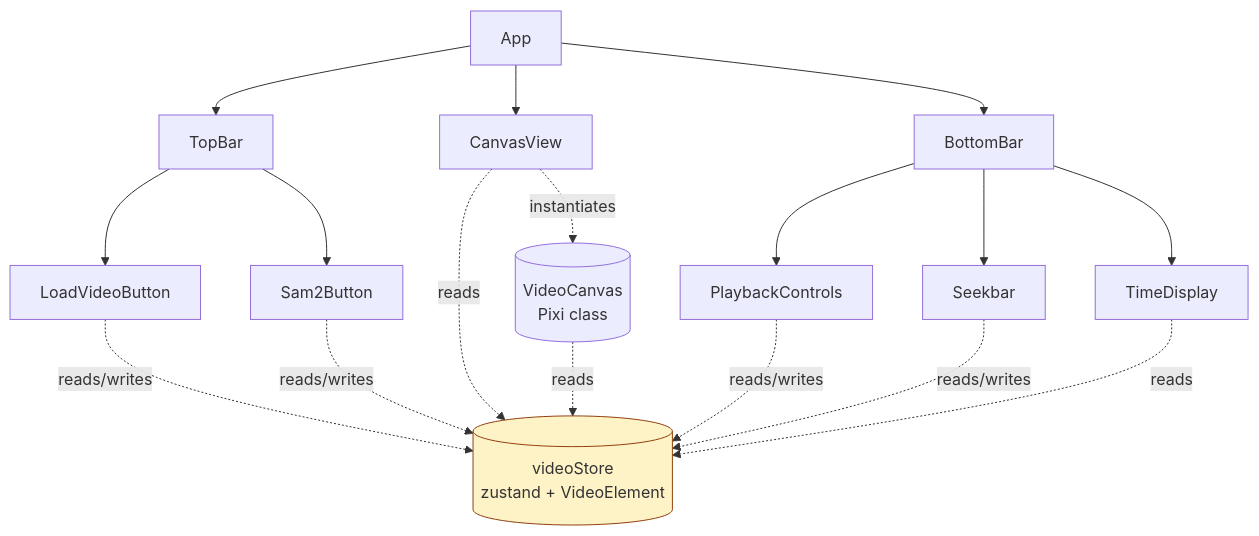
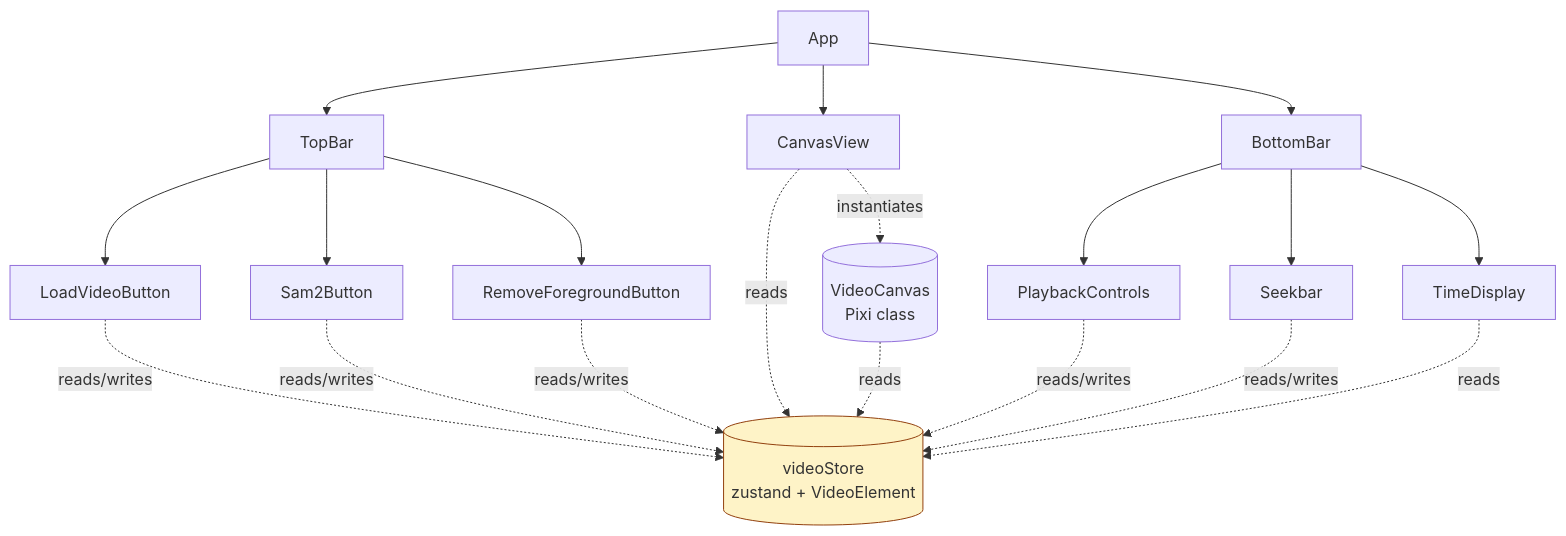
One commit to kanosawa/omnimatte-editor changed the diagram in docs/spec/05-frontend-structure.md. Above: the diagram before and after it, drawn with Mermaid. The commit also changed other lines of this file and 24 other files, not shown here.

````diff
--- a/docs/spec/05-frontend-structure.md
+++ b/docs/spec/05-frontend-structure.md
@@ -40,27 +41,29 @@
 ```mermaid
 flowchart TD
     App
     App --> TopBar
     App --> CanvasView
     App --> BottomBar
 
     TopBar --> LoadVideoButton
     TopBar --> Sam2Button
+    TopBar --> RemoveForegroundButton
 
     CanvasView -. instantiates .-> VideoCanvas[("VideoCanvas<br/>Pixi class")]
 
     BottomBar --> PlaybackControls
     BottomBar --> Seekbar
     BottomBar --> TimeDisplay
 
     Store[("videoStore<br/>zustand + VideoElement")]:::store
     LoadVideoButton -.reads/writes.-> Store
     Sam2Button -.reads/writes.-> Store
+    RemoveForegroundButton -.reads/writes.-> Store
     CanvasView -.reads.-> Store
     VideoCanvas -.reads.-> Store
     PlaybackControls -.reads/writes.-> Store
     Seekbar -.reads/writes.-> Store
     TimeDisplay -.reads.-> Store
 
     classDef store fill:#fef3c7,stroke:#92400e
 ```
````
